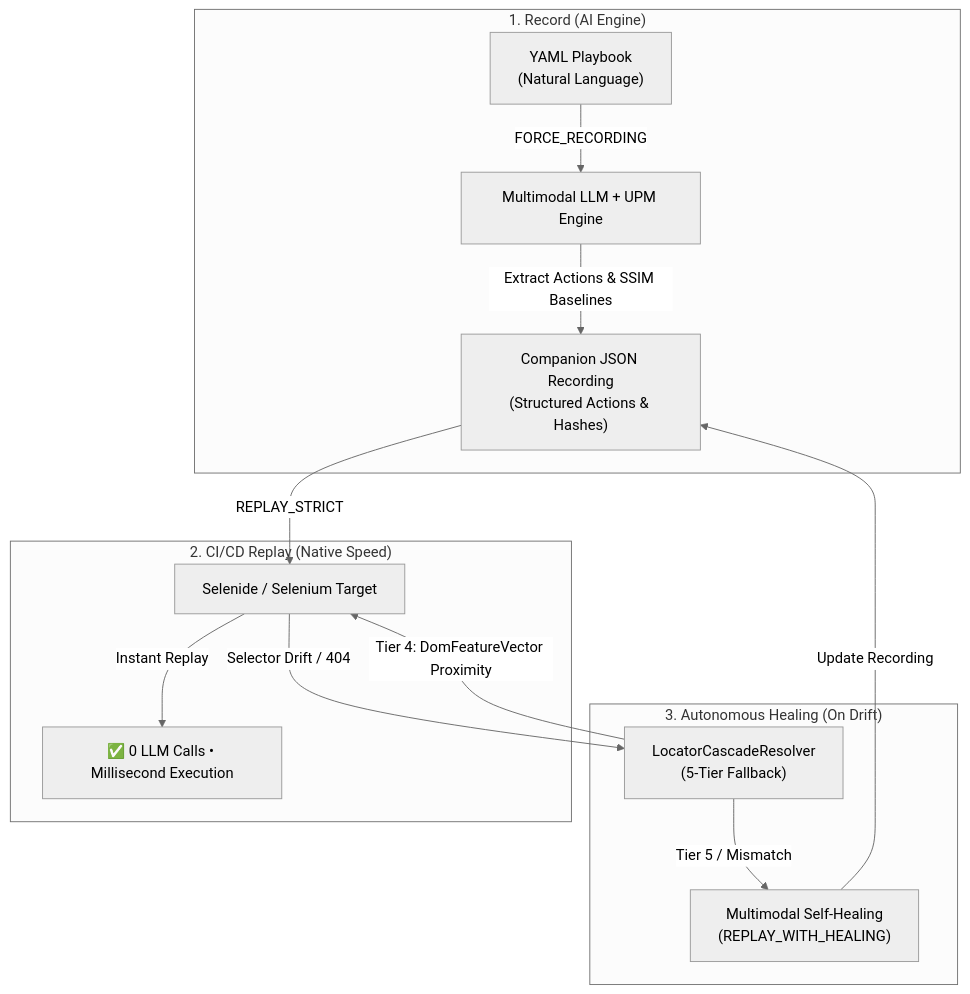
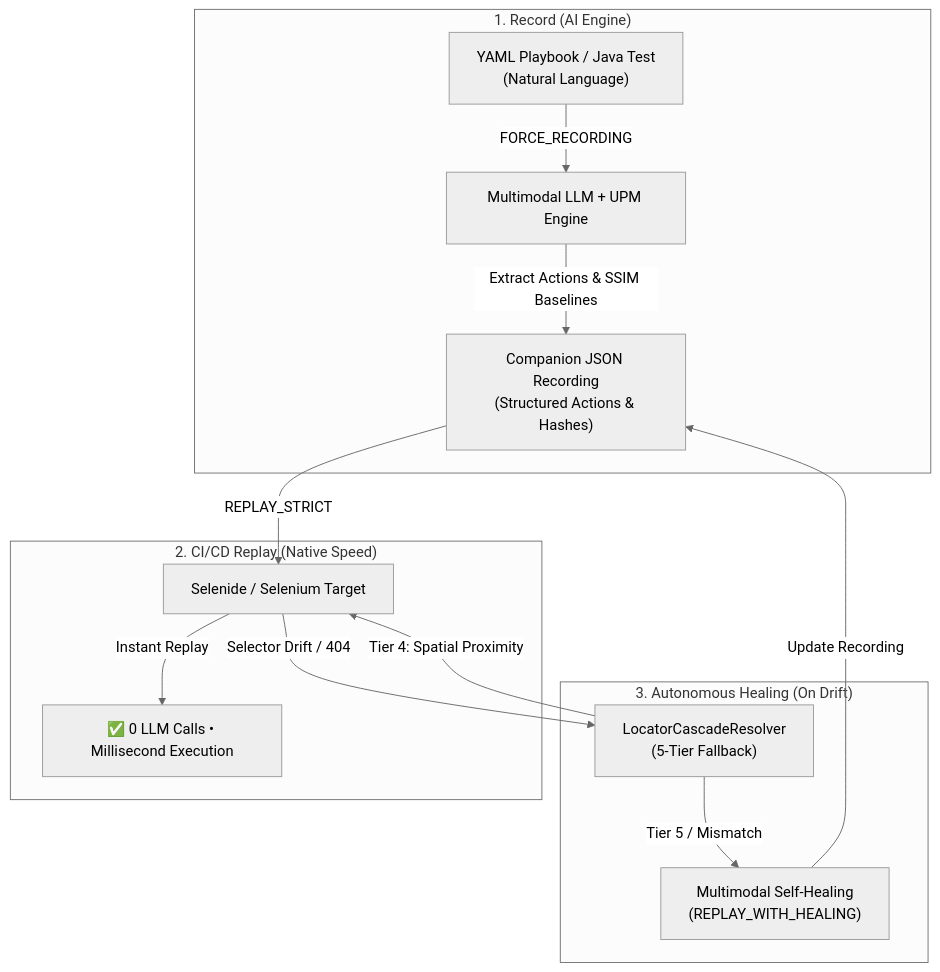
Before and after one commit to Xceptance/neodymium: the diagram in README.md, drawn with Mermaid (neutral theme). The commit also changed other lines of this file, not shown here.

````diff
--- a/README.md
+++ b/README.md
@@ -23,19 +98,19 @@
 ```mermaid
 flowchart TD
     subgraph Phase1["1. Record (AI Engine)"]
-        A["YAML Playbook<br/>(Natural Language)"] -->|FORCE_RECORDING| B["Multimodal LLM + UPM Engine"]
+        A["YAML Playbook / Java Test<br/>(Natural Language)"] -->|FORCE_RECORDING| B["Multimodal LLM + UPM Engine"]
         B -->|Extract Actions & SSIM Baselines| C["Companion JSON Recording<br/>(Structured Actions & Hashes)"]
     end
 
     subgraph Phase2["2. CI/CD Replay (Native Speed)"]
         C -->|REPLAY_STRICT| D["Selenide / Selenium Target"]
         D -->|Instant Replay| E["✅ 0 LLM Calls • Millisecond Execution"]
     end
 
     subgraph Phase3["3. Autonomous Healing (On Drift)"]
         D -->|Selector Drift / 404| F["LocatorCascadeResolver<br/>(5-Tier Fallback)"]
-        F -->|Tier 4: DomFeatureVector Proximity| D
+        F -->|Tier 4: Spatial Proximity| D
         F -->|Tier 5 / Mismatch| G["Multimodal Self-Healing<br/>(REPLAY_WITH_HEALING)"]
         G -->|Update Recording| C
     end
 ```
````
